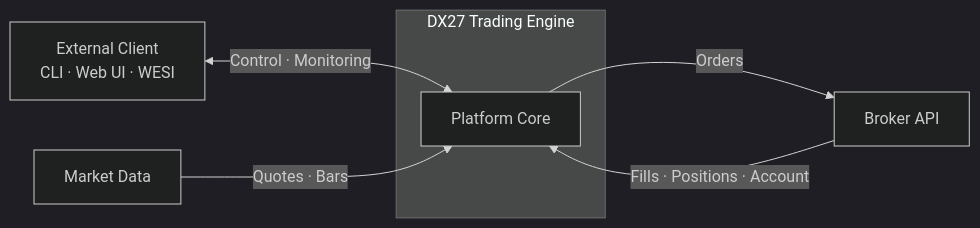
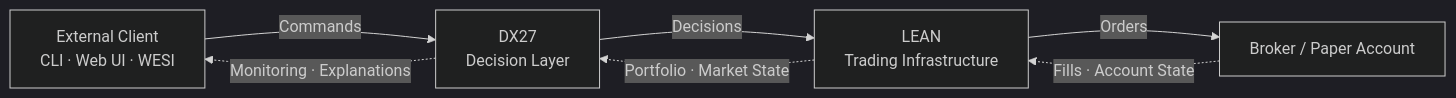
One commit to Daxoniel/DX27-Trading-Engine changed the first of 3 diagrams in docs/architecture/system-overview.md. Above: the diagram before and after it, drawn with Mermaid (dark theme). The commit also changed other lines of this file and 1 other file, not shown here.

Commit message:
update architecture diagrams

````diff
--- a/docs/architecture/system-overview.md
+++ b/docs/architecture/system-overview.md
@@ -5,16 +5,19 @@
 ```mermaid
 flowchart LR
 
     Client["External Client<br/>CLI · Web UI · WESI"]
-    Market["Market Data"]
-    Broker["Broker API"]
 
-    subgraph DX27["DX27 Trading Engine"]
-        Core["Platform Core"]
-    end
+    DX27["DX27<br/>Decision Layer"]
 
-    Client <-->|Control · Monitoring| Core
-    Market -->|Quotes · Bars| Core
-    Core -->|Orders| Broker
-    Broker -->|Fills · Positions · Account| Core
+    LEAN["LEAN<br/>Trading Infrastructure"]
+
+    Broker["Broker / Paper Account"]
+
+    Client -->|Commands| DX27
+    DX27 -->|Decisions| LEAN
+    LEAN -->|Orders| Broker
+
+    Broker -.->|Fills · Account State| LEAN
+    LEAN -.->|Portfolio · Market State| DX27
+    DX27 -.->|Monitoring · Explanations| Client
 ```
````
